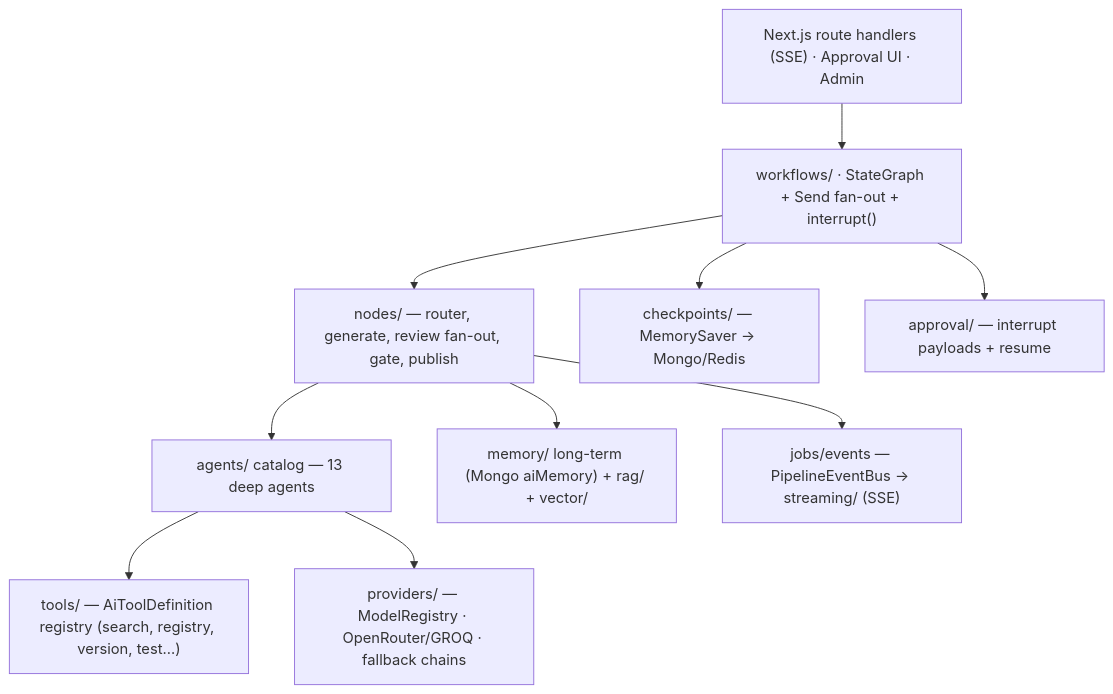
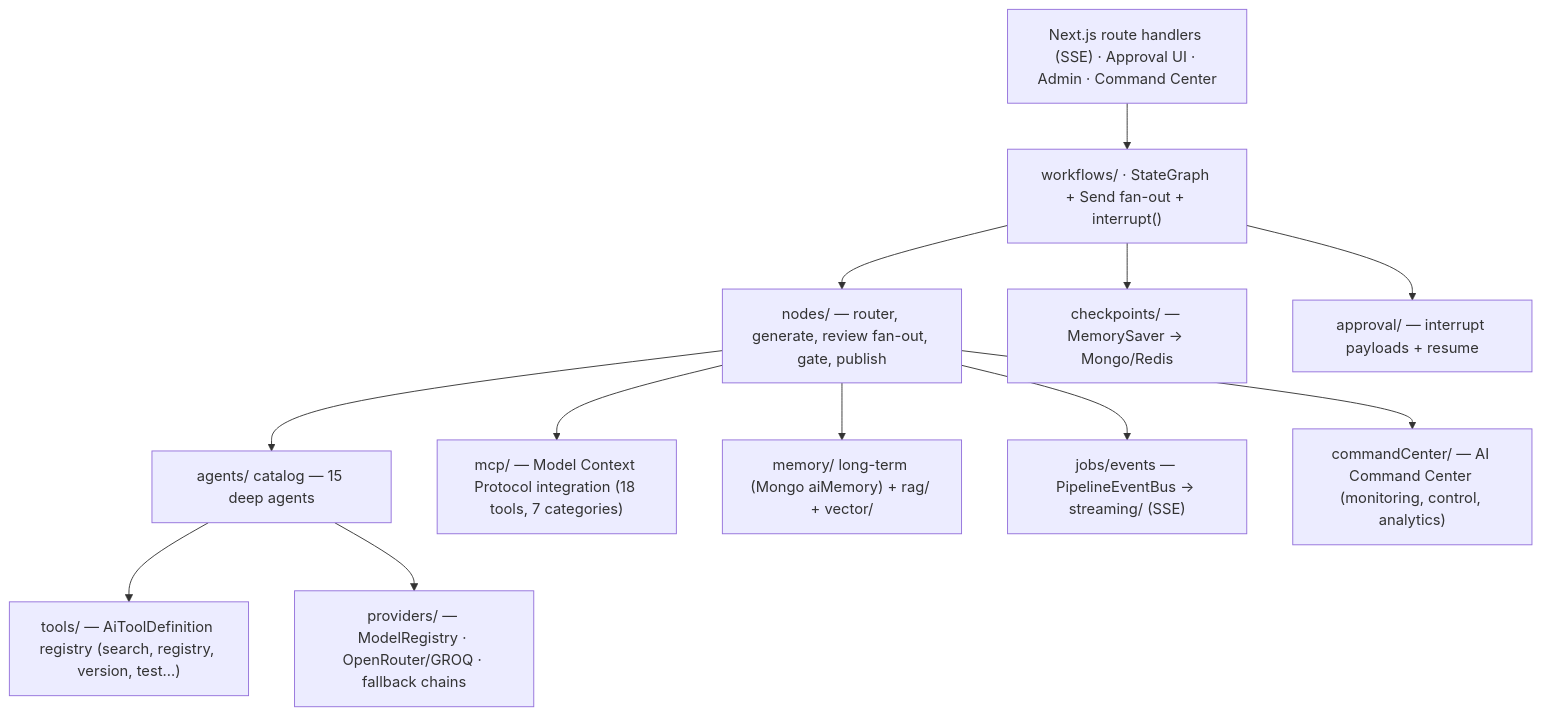
The first of 7 diagrams in features/ai/server/docs/architecture.md (Soruj24/front-end-developer-all-components), drawn with Mermaid before and after one commit. The commit also changed other lines of this file and 7 other files, not shown here.

Commit message:
feat(architecture): enhance documentation with MCP integration and AI Command Center details fix(documentation): ensure safe parsing with default values for missing fields chore: remove obsolete comprehensive review probe and temporary files

````diff
--- a/features/ai/server/docs/architecture.md
+++ b/features/ai/server/docs/architecture.md
@@ -21,21 +25,25 @@
 ```mermaid
 flowchart TB
-  UI["Next.js route handlers (SSE) · Approval UI · Admin"]
+  UI["Next.js route handlers (SSE) · Approval UI · Admin · Command Center"]
   WF["workflows/ · StateGraph + Send fan-out + interrupt()"]
-  CAT["agents/ catalog — 13 deep agents"]
+  CAT["agents/ catalog — 15 deep agents"]
   NODES["nodes/ — router, generate, review fan-out, gate, publish"]
   TOOLS["tools/ — AiToolDefinition registry (search, registry, version, test…)"]
+  MCP["mcp/ — Model Context Protocol integration (18 tools, 7 categories)"]
   PROV["providers/ — ModelRegistry · OpenRouter/GROQ · fallback chains"]
   CP["checkpoints/ — MemorySaver → Mongo/Redis"]
   MEM["memory/ long-term (Mongo aiMemory) + rag/ + vector/"]
   EV["jobs/events — PipelineEventBus → streaming/ (SSE)"]
   APP["approval/ — interrupt payloads + resume"]
+  CC["commandCenter/ — AI Command Center (monitoring, control, analytics)"]
 
   UI --> WF
   WF --> NODES --> CAT --> TOOLS
   CAT --> PROV
   WF --> CP
   NODES --> MEM
   WF --> APP
   NODES --> EV
+  NODES --> MCP
+  NODES --> CC
 ```
````
